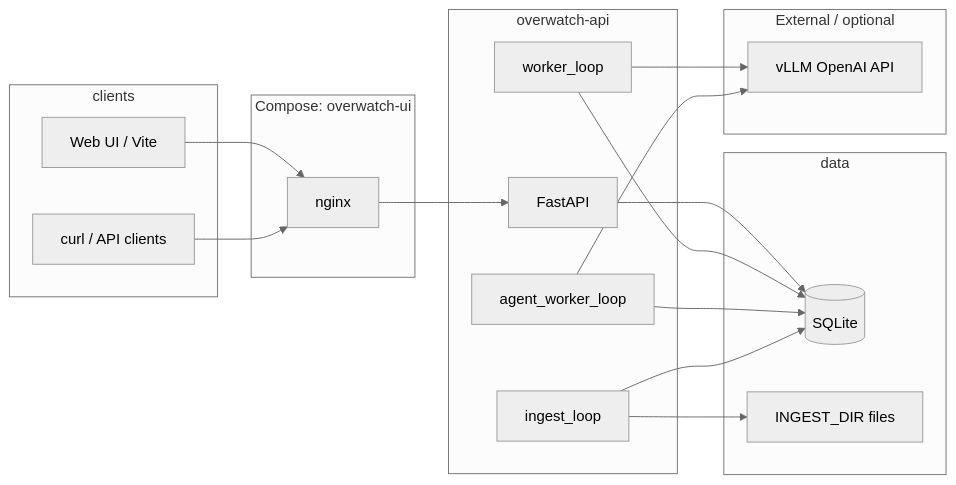
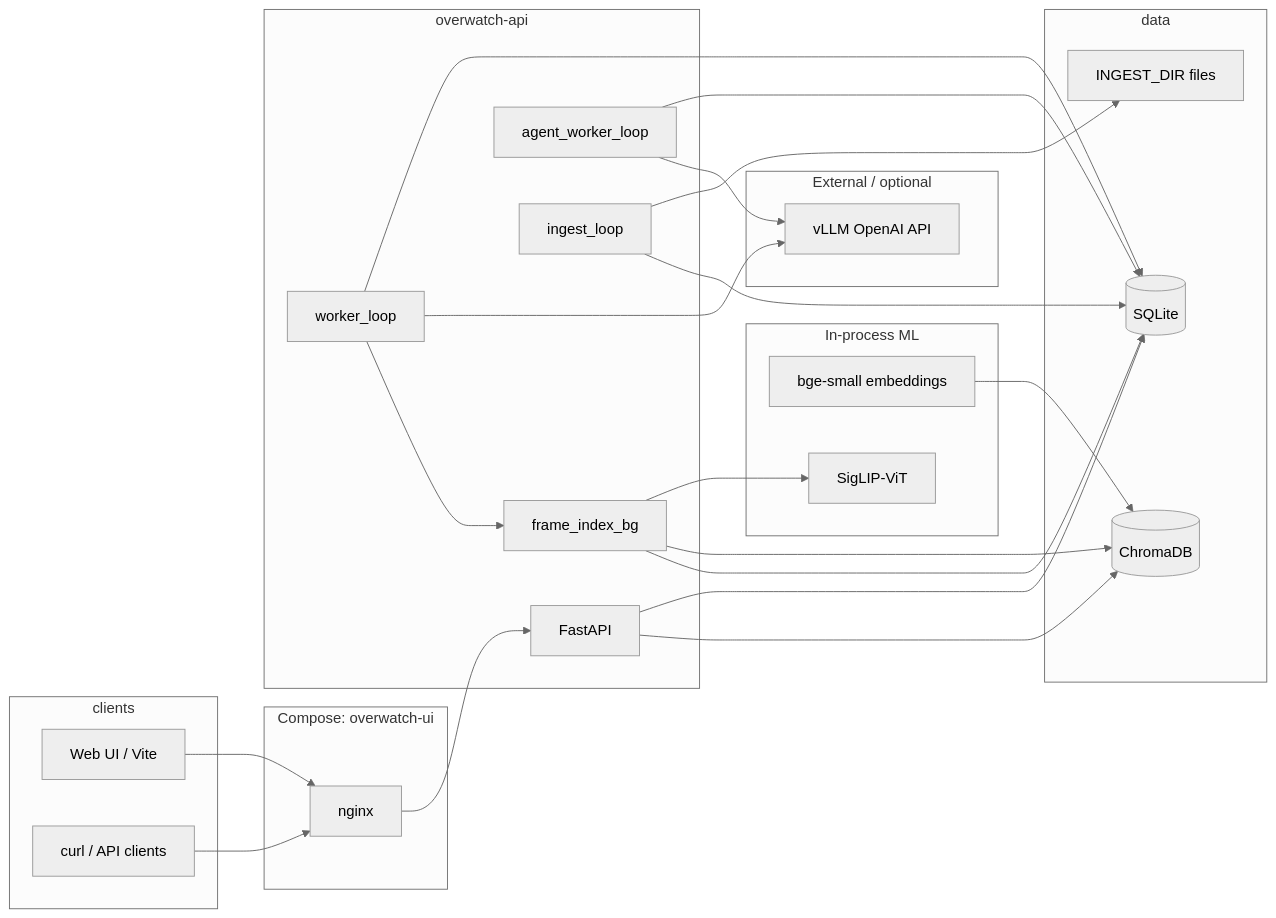
One commit to dwani-ai/overwatch changed the diagram in docs/technical_report.md. Above: the diagram before and after it, drawn with Mermaid (neutral theme). The commit also changed other lines of this file and 40 other files, not shown here.

````diff
--- a/docs/technical_report.md
+++ b/docs/technical_report.md
@@ -26,33 +26,45 @@
 ```mermaid
 flowchart LR
   subgraph clients
     UI[Web UI / Vite]
     CLI[curl / API clients]
   end
   subgraph gateway["Compose: overwatch-ui"]
     NG[nginx]
   end
   subgraph api["overwatch-api"]
     FA[FastAPI]
     W[worker_loop]
     AW[agent_worker_loop]
     ING[ingest_loop]
+    FI[frame_index_bg]
   end
   subgraph data
     SQL[(SQLite)]
     FS[INGEST_DIR files]
+    CHR[(ChromaDB)]
   end
   subgraph llm["External / optional"]
     V[vLLM OpenAI API]
+  end
+  subgraph ml["In-process ML"]
+    BGE[bge-small embeddings]
+    SIG[SigLIP-ViT]
   end
   UI --> NG
   CLI --> NG
   NG --> FA
   FA --> SQL
+  FA --> CHR
   W --> SQL
   W --> V
+  W --> FI
   AW --> SQL
   AW --> V
   ING --> FS
   ING --> SQL
+  FI --> SIG
+  FI --> CHR
+  FI --> SQL
+  BGE --> CHR
 ```
````
